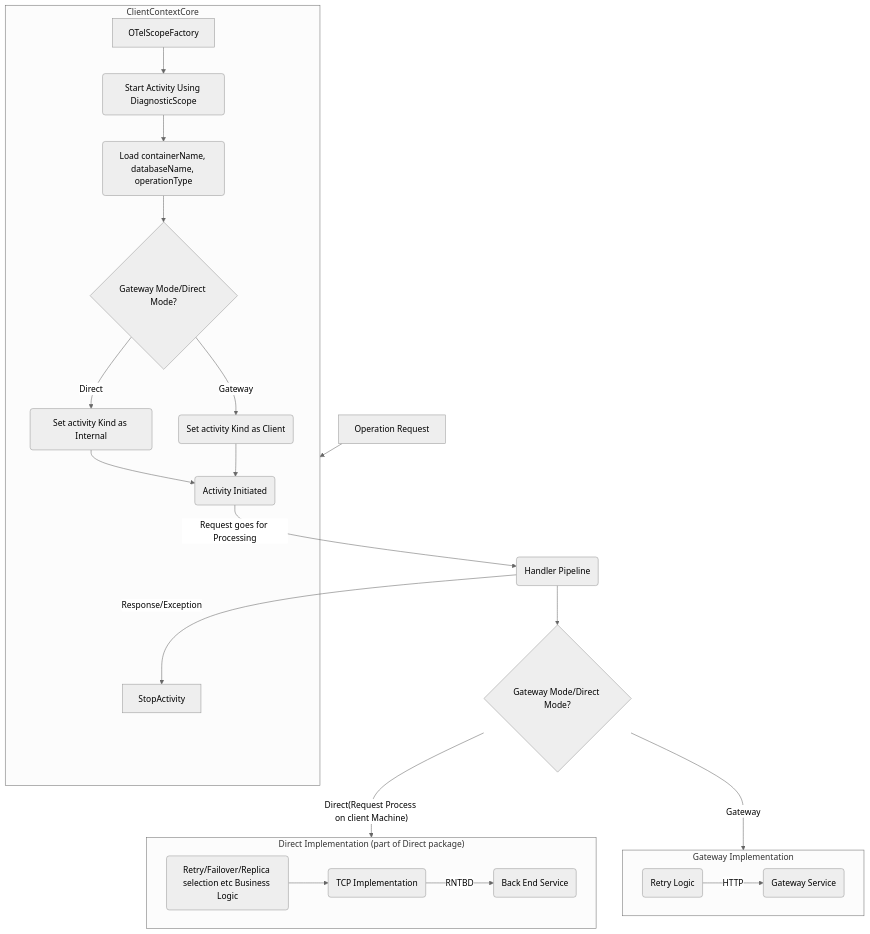
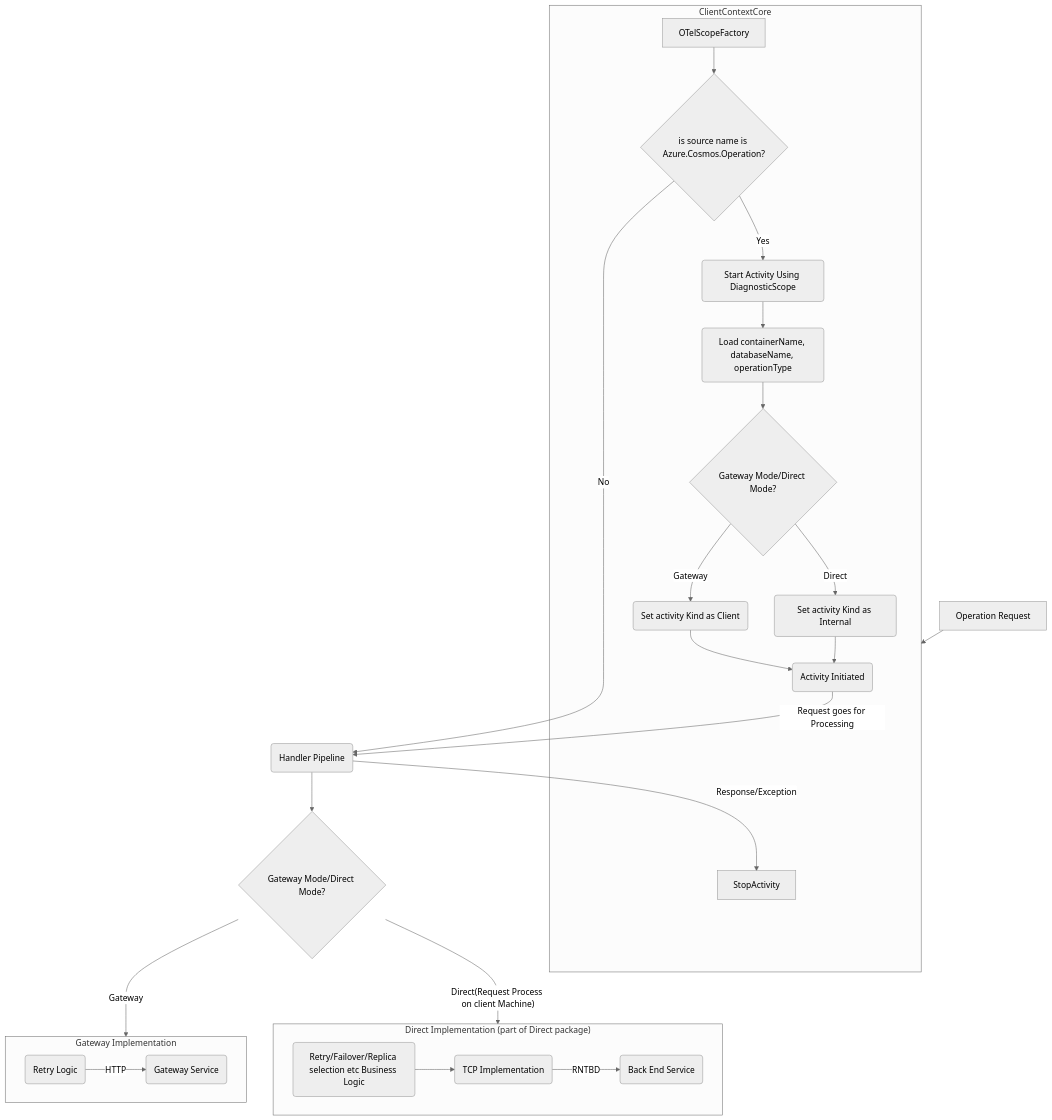
Before and after one commit to Azure/azure-cosmos-dotnet-v3: the eighth of 8 diagrams in docs/SdkDesign.md, drawn with Mermaid (neutral theme).

Commit message:
update optel design

````diff
--- a/docs/SdkDesign.md
+++ b/docs/SdkDesign.md
@@ -235,25 +235,27 @@
 ```mermaid
 flowchart TD
     OperationRequest[Operation Request] --> ClientContextCore
     GeneratedActivity --> |Request goes for Processing|HandlerPipeline(Handler Pipeline)
     subgraph ClientContextCore
-        OTelScopeFactory --> CreateActivity(Start Activity Using DiagnosticScope) 
+        OTelScopeFactory --> CheckSourceName{is source name is Azure.Cosmos.Operation?} 
+        CheckSourceName --> |Yes| CreateActivity(Start Activity Using DiagnosticScope) 
         --> Preloaddata(Load containerName, databaseName, operationType)
         --> ConnectionModeforkind{Gateway Mode/Direct Mode?}
         ConnectionModeforkind -- Direct --> SetInternalKind(Set activity Kind as Internal) 
         ConnectionModeforkind -- Gateway --> SetClientKind(Set activity Kind as Client)
         SetInternalKind --> GeneratedActivity(Activity Initiated)
         SetClientKind --> GeneratedActivity
         StopActivity
-    end 
+    end
+    CheckSourceName --> |No| HandlerPipeline 
     HandlerPipeline --> |Response/Exception| StopActivity
     HandlerPipeline --> ConnectionMode{Gateway Mode/Direct Mode?}
     subgraph DirectPackage["Direct Implementation (part of Direct package)"]
         DRetryAndLogic(Retry/Failover/Replica selection etc Business Logic) --> TCPImpl(TCP Implementation) --> |RNTBD|BackendService(Back End Service)
     end
     subgraph GatewayCode[Gateway Implementation]
         GRetryAndLogic(Retry Logic) --> |HTTP|GatewayCall(Gateway Service)
     end
     ConnectionMode -- "Direct(Request Process on client Machine)" --> DirectPackage
     ConnectionMode -- Gateway --> GatewayCode
 ```
````
